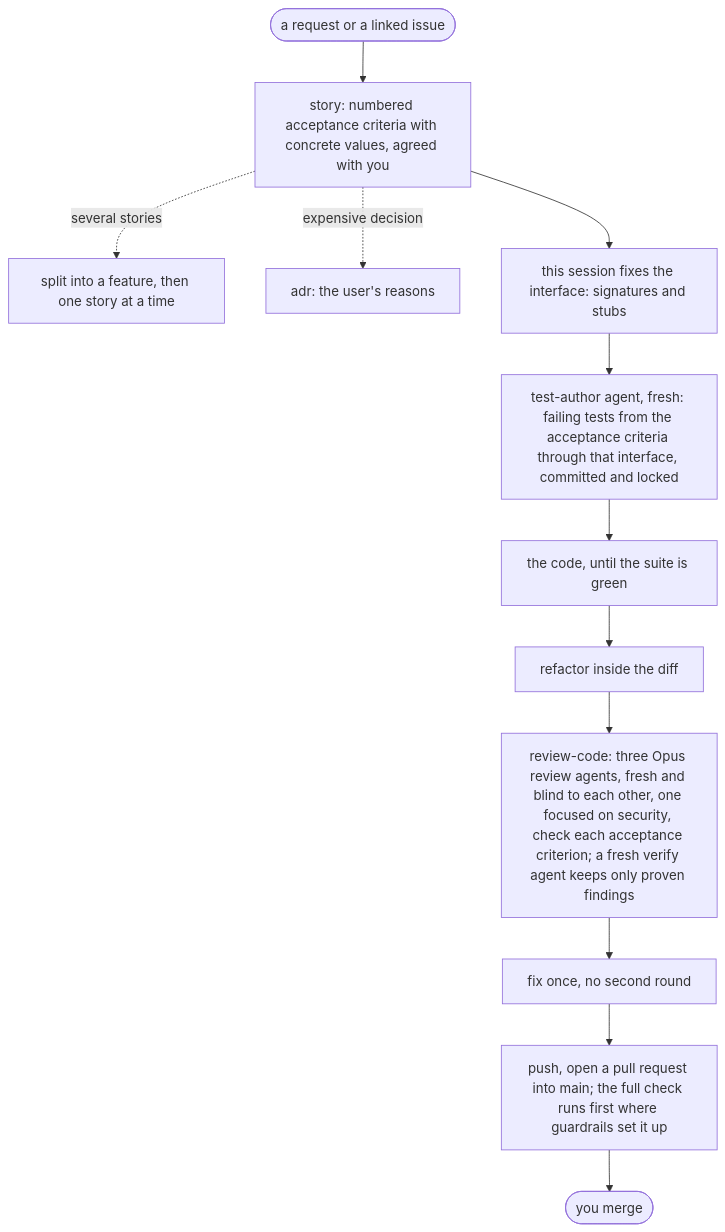
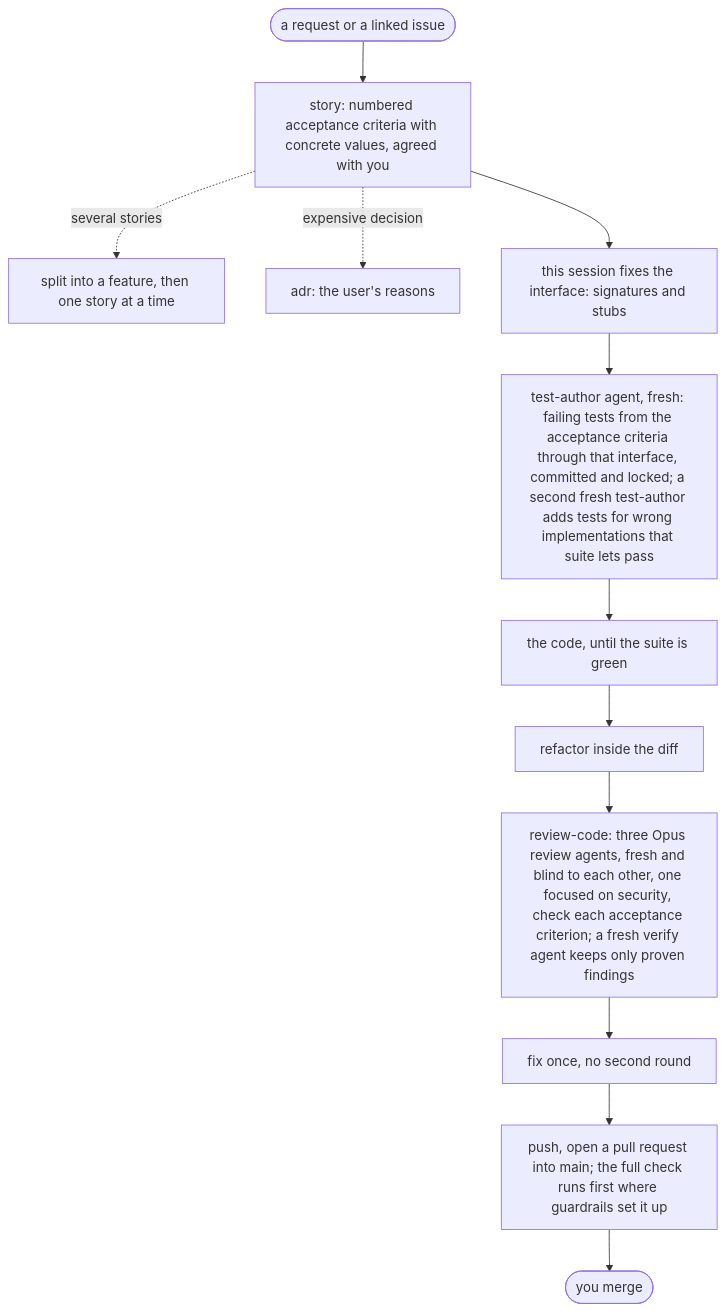
Before and after one commit to DaveBben/skills: the diagram in plugins/SDLC/README.md, drawn with Mermaid. The commit also changed other lines of this file and 6 other files, not shown here.

````diff
--- a/plugins/SDLC/README.md
+++ b/plugins/SDLC/README.md
@@ -20,14 +20,14 @@
 ```mermaid
 flowchart TD
     REQ([a request or a linked issue]) --> CASES[story: numbered acceptance criteria with concrete values, agreed with you]
     CASES -. several stories .-> SP[split into a feature, then one story at a time]
     CASES -. expensive decision .-> ARC[adr: the user's reasons]
     CASES --> IF[this session fixes the interface: signatures and stubs]
-    IF --> RED[test-author agent, fresh: failing tests from the acceptance criteria through that interface, committed and locked]
+    IF --> RED[test-author agent, fresh: failing tests from the acceptance criteria through that interface, committed and locked; a second fresh test-author adds tests for wrong implementations that suite lets pass]
     RED --> BLD[the code, until the suite is green]
     BLD --> REF[refactor inside the diff]
     REF --> REV[review-code: three Opus review agents, fresh and blind to each other, one focused on security, check each acceptance criterion; a fresh verify agent keeps only proven findings]
     REV --> FIX[fix once, no second round]
     FIX --> PR[push, open a pull request into main; the full check runs first where guardrails set it up]
     PR --> MRG([you merge])
 ```
````
